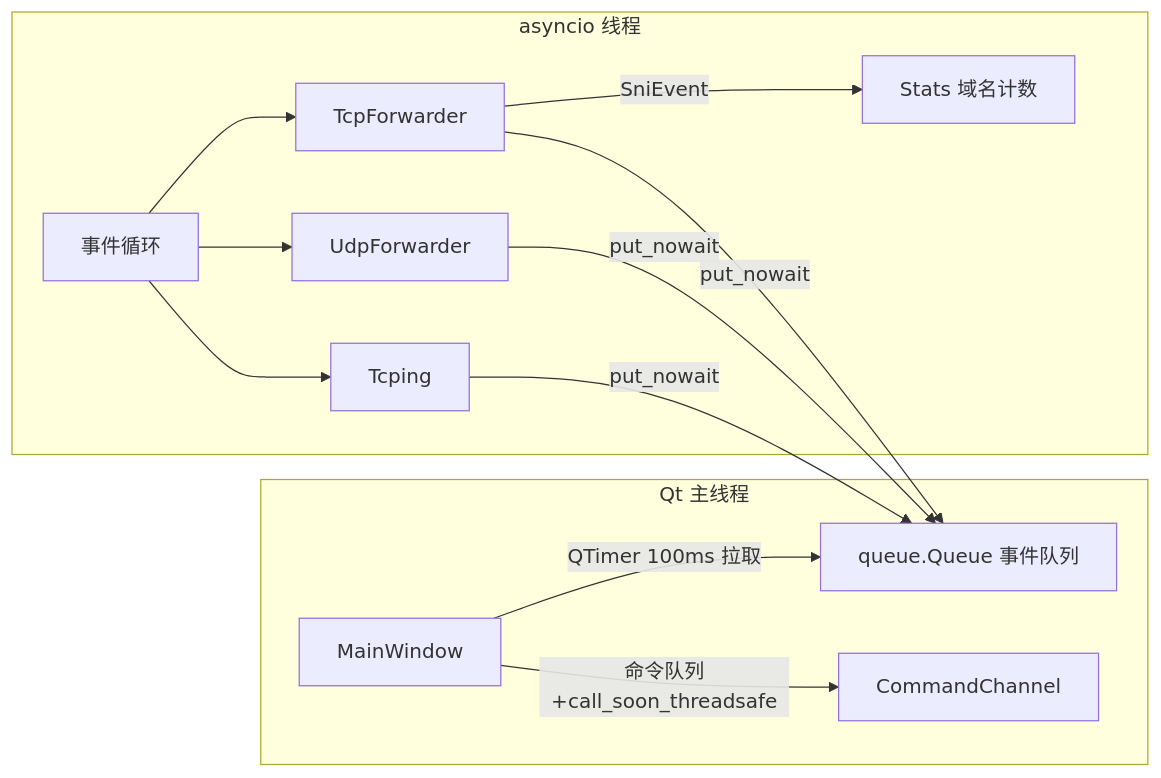
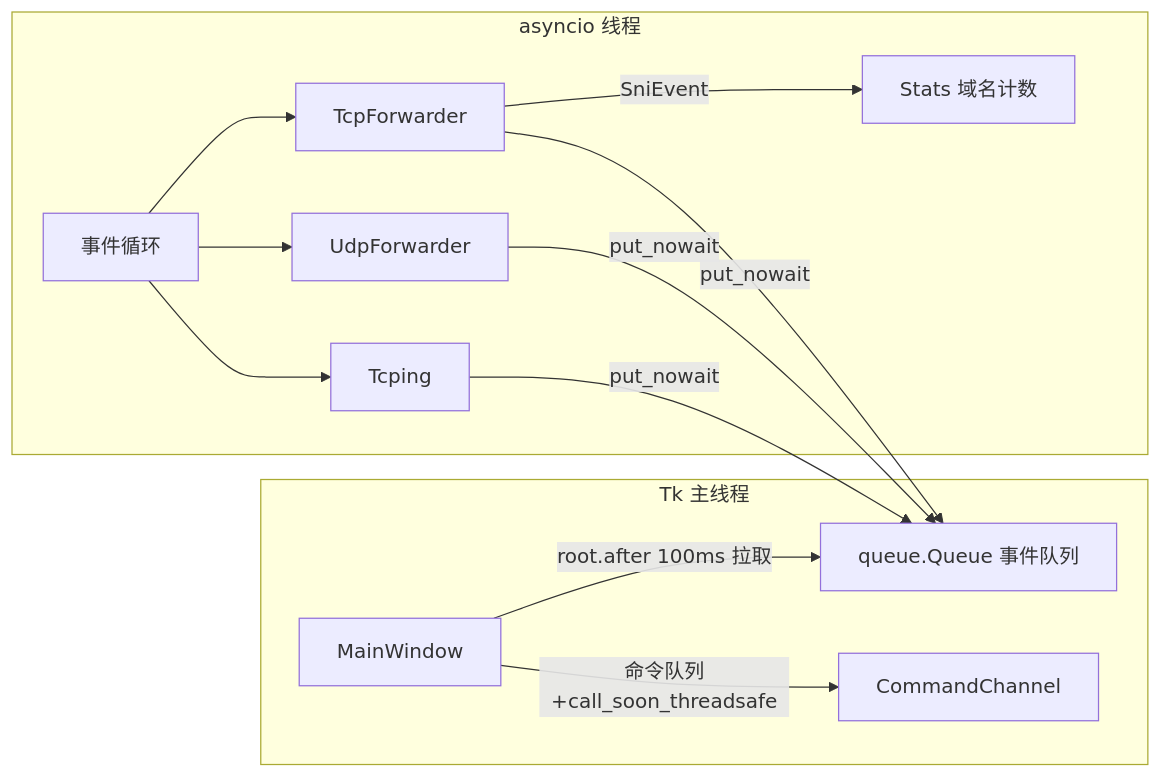
Before and after one commit to cmliu/SNI-Tap: the third of 3 diagrams in docs/ARCHITECTURE.md, drawn with Mermaid. The commit also changed other lines of this file and 10 other files, not shown here.

````diff
--- a/docs/ARCHITECTURE.md
+++ b/docs/ARCHITECTURE.md
@@ -157,14 +163,14 @@
 ```mermaid
 flowchart LR
-    subgraph 主线程[Qt 主线程]
-        GUI[MainWindow] -- QTimer 100ms 拉取 --> Q[queue.Queue 事件队列]
+    subgraph 主线程[Tk 主线程]
+        GUI[MainWindow] -- root.after 100ms 拉取 --> Q[queue.Queue 事件队列]
         GUI -- 命令队列+call_soon_threadsafe --> CMD[CommandChannel]
     end
     subgraph worker线程[asyncio 线程]
         LOOP[事件循环] --> TCP[TcpForwarder]
         LOOP --> UDP[UdpForwarder]
         LOOP --> PING[Tcping]
         TCP & UDP & PING -- put_nowait --> Q
         TCP -- SniEvent --> ST[Stats 域名计数]
     end
 ```
````
